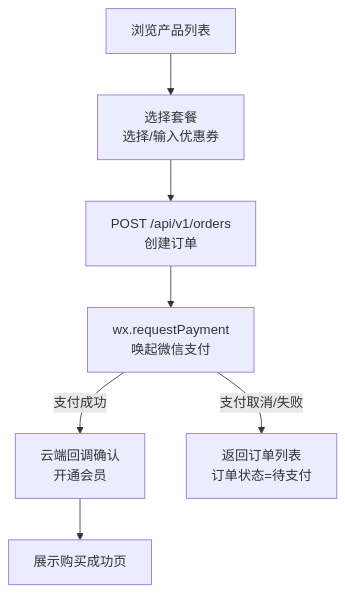
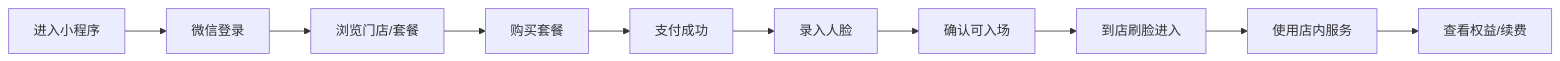
One commit to fitron-app/docs changed the diagram in docs/subsystems/mini-program.md. Above: the diagram before and after it, drawn with Mermaid. The commit also changed other lines of this file and 6 other files, not shown here.

````diff
--- a/docs/subsystems/mini-program.md
+++ b/docs/subsystems/mini-program.md
@@ -95,10 +134,12 @@
 ```mermaid
-flowchart TD
-    Browse["浏览产品列表"]
-    Browse --> SelectProduct["选择套餐\n选择/输入优惠券"]
-    SelectProduct --> CreateOrder["POST /api/v1/orders\n创建订单"]
-    CreateOrder --> WxPay["wx.requestPayment\n唤起微信支付"]
-    WxPay -->|"支付成功"| Callback["云端回调确认\n开通会员"]
-    Callback --> ShowSuccess["展示购买成功页"]
-    WxPay -->|"支付取消/失败"| BackToList["返回订单列表\n订单状态=待支付"]
+flowchart LR
+    A["进入小程序"] --> B["微信登录"]
+    B --> C["浏览门店/套餐"]
+    C --> D["购买套餐"]
+    D --> E["支付成功"]
+    E --> F["录入人脸"]
+    F --> G["确认可入场"]
+    G --> H["到店刷脸进入"]
+    H --> I["使用店内服务"]
+    I --> J["查看权益/续费"]
 ```
````
